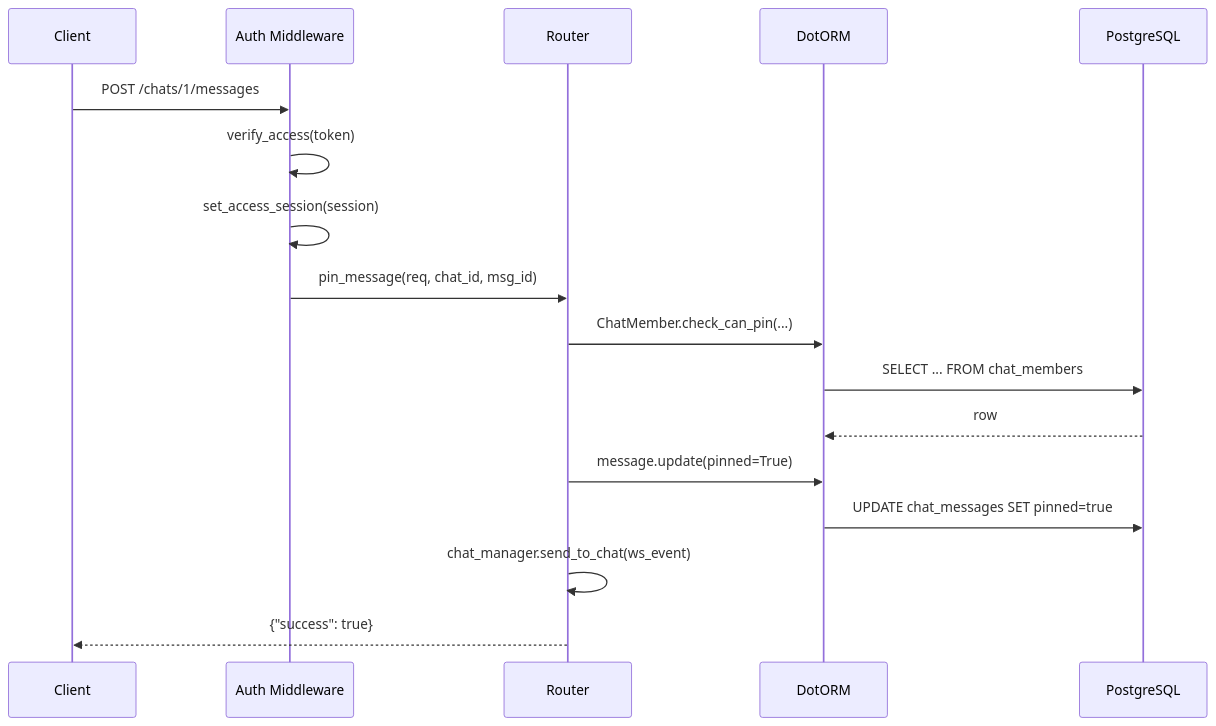
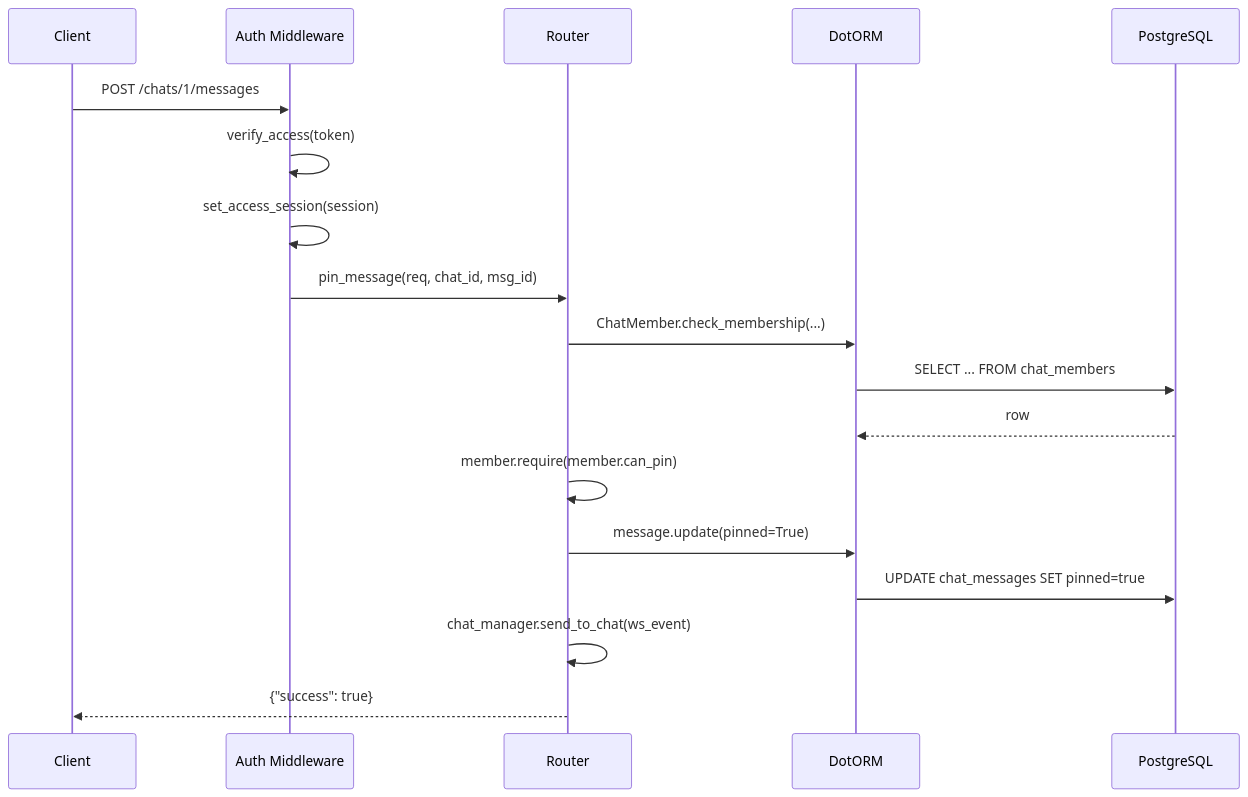
One commit to shurshilov/faracrm changed the third of 3 diagrams in docs/dist/backend/architecture/overview.md. Above: the diagram before and after it, drawn with Mermaid. The commit also changed 53 other files, not shown here.

````diff
--- a/docs/dist/backend/architecture/overview.md
+++ b/docs/dist/backend/architecture/overview.md
@@ -117,20 +117,21 @@
 ```mermaid
 sequenceDiagram
     participant C as Client
     participant MW as Auth Middleware
     participant R as Router
     participant ORM as DotORM
     participant DB as PostgreSQL
 
     C->>MW: POST /chats/1/messages
     MW->>MW: verify_access(token)
     MW->>MW: set_access_session(session)
     MW->>R: pin_message(req, chat_id, msg_id)
-    R->>ORM: ChatMember.check_can_pin(...)
+    R->>ORM: ChatMember.check_membership(...)
     ORM->>DB: SELECT ... FROM chat_members
     DB-->>ORM: row
+    R->>R: member.require(member.can_pin)
     R->>ORM: message.update(pinned=True)
     ORM->>DB: UPDATE chat_messages SET pinned=true
     R->>R: chat_manager.send_to_chat(ws_event)
     R-->>C: {"success": true}
 ```
````
